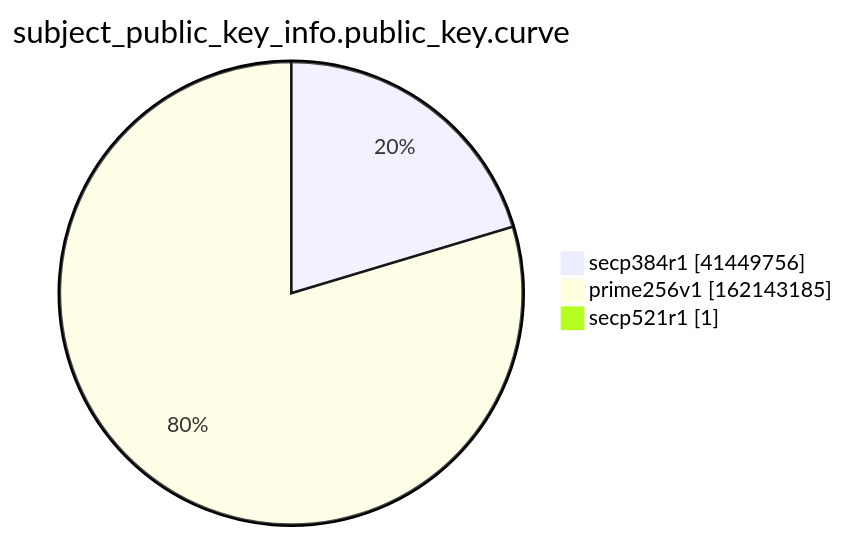
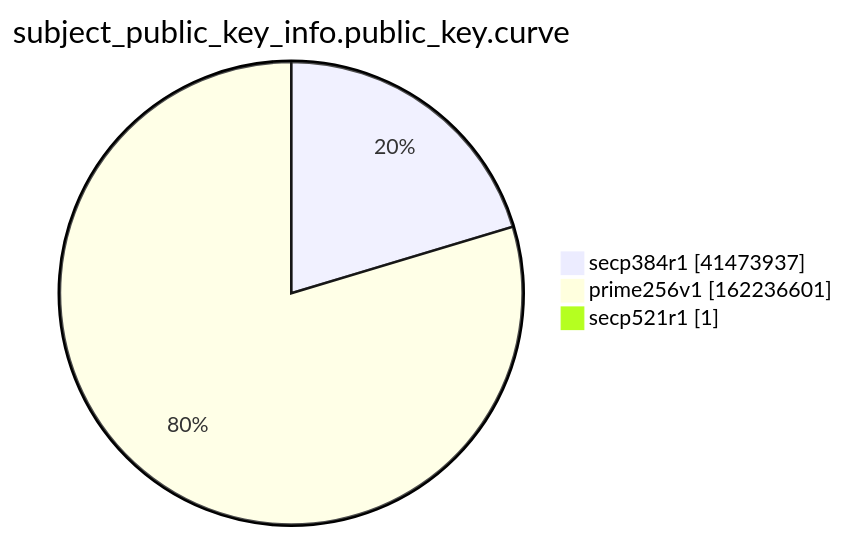
The ninth of 15 diagrams in xenon2022/README.md (christiankrug/ctmonitor_visualization), drawn with Mermaid before and after one commit. The commit also changed other lines of this file, not shown here.

````diff
--- a/xenon2022/README.md
+++ b/xenon2022/README.md
@@ -2868,7 +2868,7 @@
 ```mermaid
 pie showData
 title subject_public_key_info.public_key.curve
-"secp384r1" :41449756
-"prime256v1" :162143185
+"secp384r1" :41473937
+"prime256v1" :162236601
 "secp521r1" :1
 ```
````
